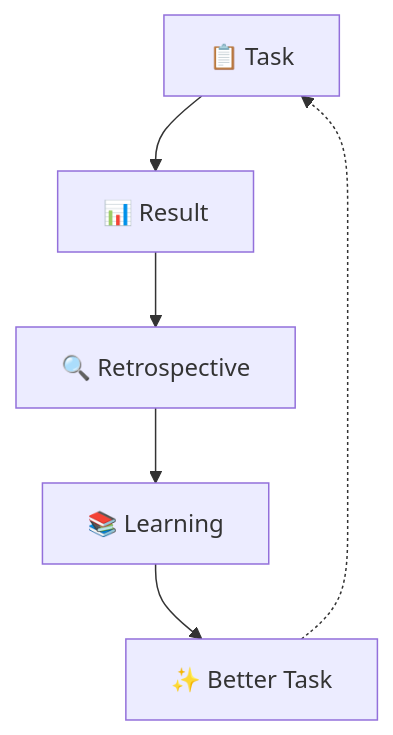
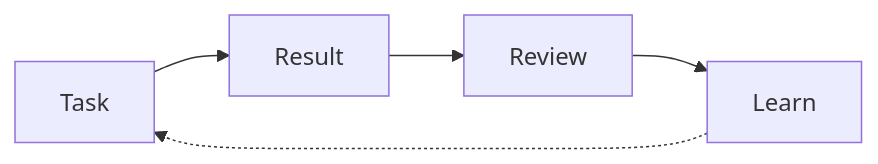
Before and after one commit to mangiapanejohn-dev/Resonix-AG: the second of 5 diagrams in README.md, drawn with Mermaid. The commit also changed other lines of this file, not shown here.

````diff
--- a/README.md
+++ b/README.md
@@ -73,8 +89,7 @@
 ```mermaid
-flowchart TD
-    A[📋 Task] --> B[📊 Result]
-    B --> C[🔍 Retrospective]
-    C --> D[📚 Learning]
-    D --> E[✨ Better Task]
-    E -.-> A
+flowchart LR
+    T[Task] --> R[Result]
+    R --> Ret[Review]
+    Ret --> L[Learn]
+    L -.-> T
 ```
````
